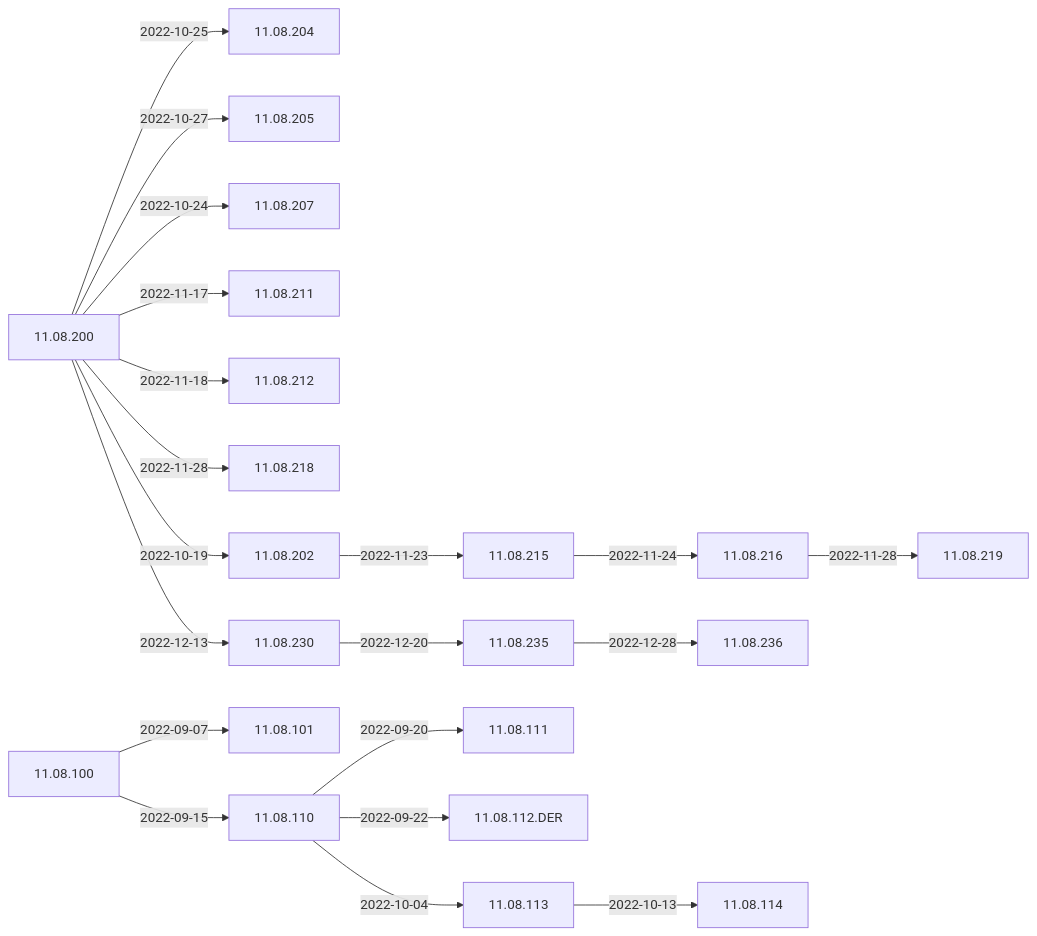
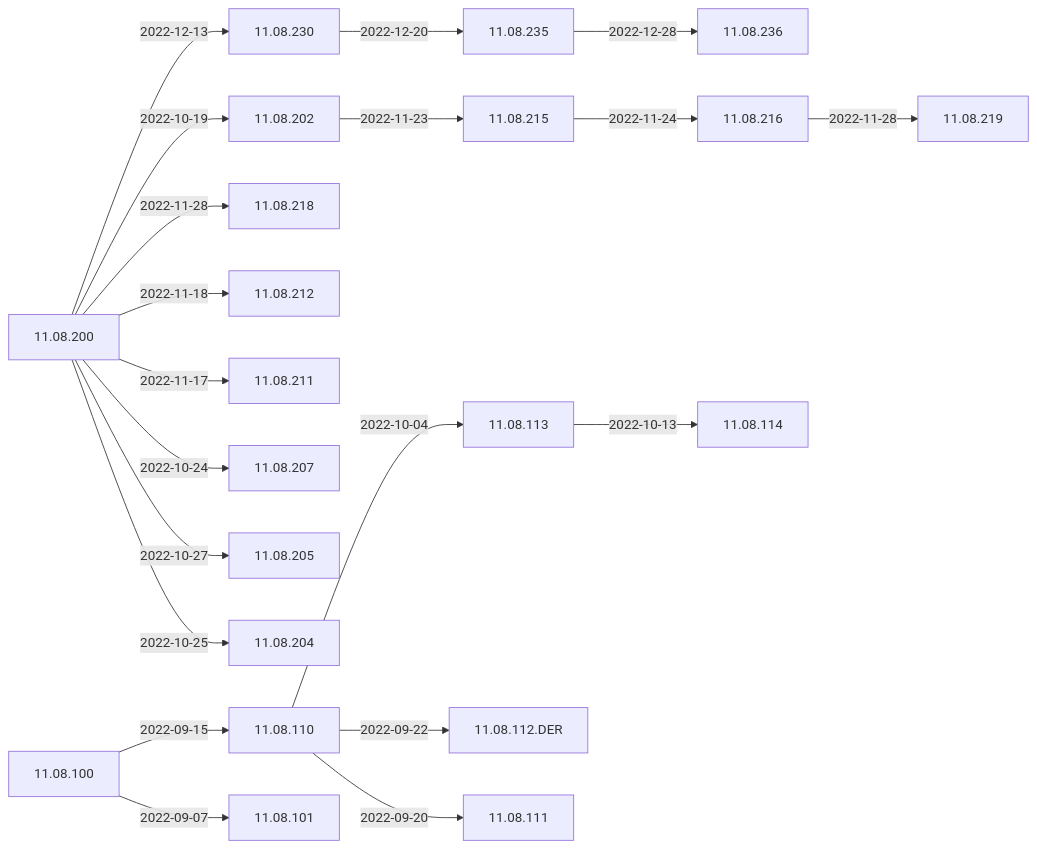
Before and after one commit to woydziak/IGEL-Docs: the first of 3 diagrams in Docs/ReleaseNotes/01-OS11/README.md, drawn with Mermaid. The commit also changed other lines of this file, not shown here.

````diff
--- a/Docs/ReleaseNotes/01-OS11/README.md
+++ b/Docs/ReleaseNotes/01-OS11/README.md
@@ -9,15 +9,15 @@
 ```mermaid
 flowchart LR
+    11.08.200-- 2022-12-13 -->11.08.230-- 2022-12-20 -->11.08.235-- 2022-12-28 -->11.08.236
+    11.08.200-- 2022-10-19 -->11.08.202-- 2022-11-23 -->11.08.215-- 2022-11-24 -->11.08.216-- 2022-11-28 -->11.08.219
+    11.08.200-- 2022-11-28 -->11.08.218
+    11.08.200-- 2022-11-18 -->11.08.212
+    11.08.200-- 2022-11-17 -->11.08.211
+    11.08.200-- 2022-10-24 -->11.08.207
+    11.08.200-- 2022-10-27 -->11.08.205
     11.08.200-- 2022-10-25 -->11.08.204
-    11.08.200-- 2022-10-27 -->11.08.205
-    11.08.200-- 2022-10-24 -->11.08.207
-    11.08.200-- 2022-11-17 -->11.08.211
-    11.08.200-- 2022-11-18 -->11.08.212
-    11.08.200-- 2022-11-28 -->11.08.218
-    11.08.200-- 2022-10-19 -->11.08.202-- 2022-11-23 -->11.08.215-- 2022-11-24 -->11.08.216-- 2022-11-28 -->11.08.219
-    11.08.200-- 2022-12-13 -->11.08.230-- 2022-12-20 -->11.08.235-- 2022-12-28 -->11.08.236
+    11.08.110-- 2022-10-04 -->11.08.113-- 2022-10-13 -->11.08.114
+    11.08.110-- 2022-09-22 -->11.08.112.DER
+    11.08.100-- 2022-09-15 -->11.08.110-- 2022-09-20 -->11.08.111
     11.08.100-- 2022-09-07 -->11.08.101
-    11.08.100-- 2022-09-15 -->11.08.110-- 2022-09-20 -->11.08.111
-    11.08.110-- 2022-09-22 -->11.08.112.DER
-    11.08.110-- 2022-10-04 -->11.08.113-- 2022-10-13 -->11.08.114
 ```
````
